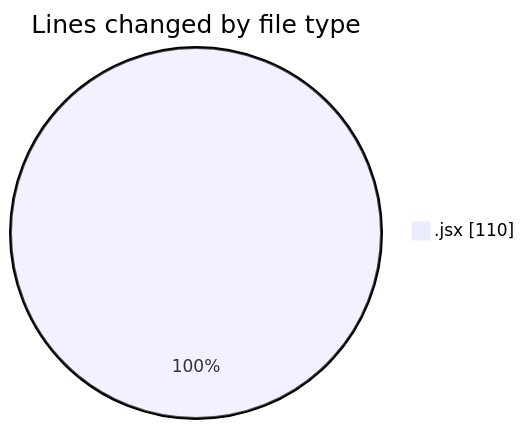
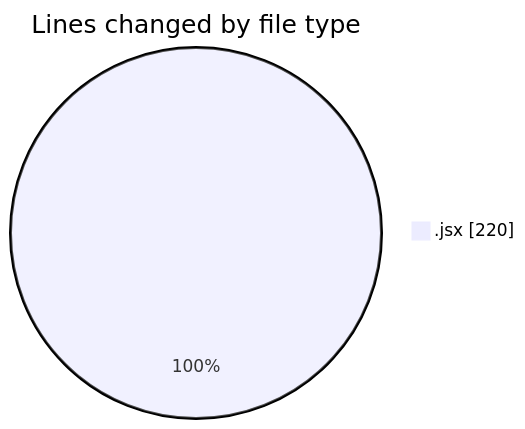
The first of 2 diagrams in 2025-06-05/nxtqube_webapp/README.md (nxtqubesakshisongat/code-tracking), drawn with Mermaid before and after one commit. The commit also changed other lines of this file and 1 other file, not shown here.

````diff
--- a/2025-06-05/nxtqube_webapp/README.md
+++ b/2025-06-05/nxtqube_webapp/README.md
@@ -21,5 +21,5 @@
 ```mermaid
 pie showData
 title Lines changed by file type
-".jsx" : 110
+".jsx" : 220
 ```
````
